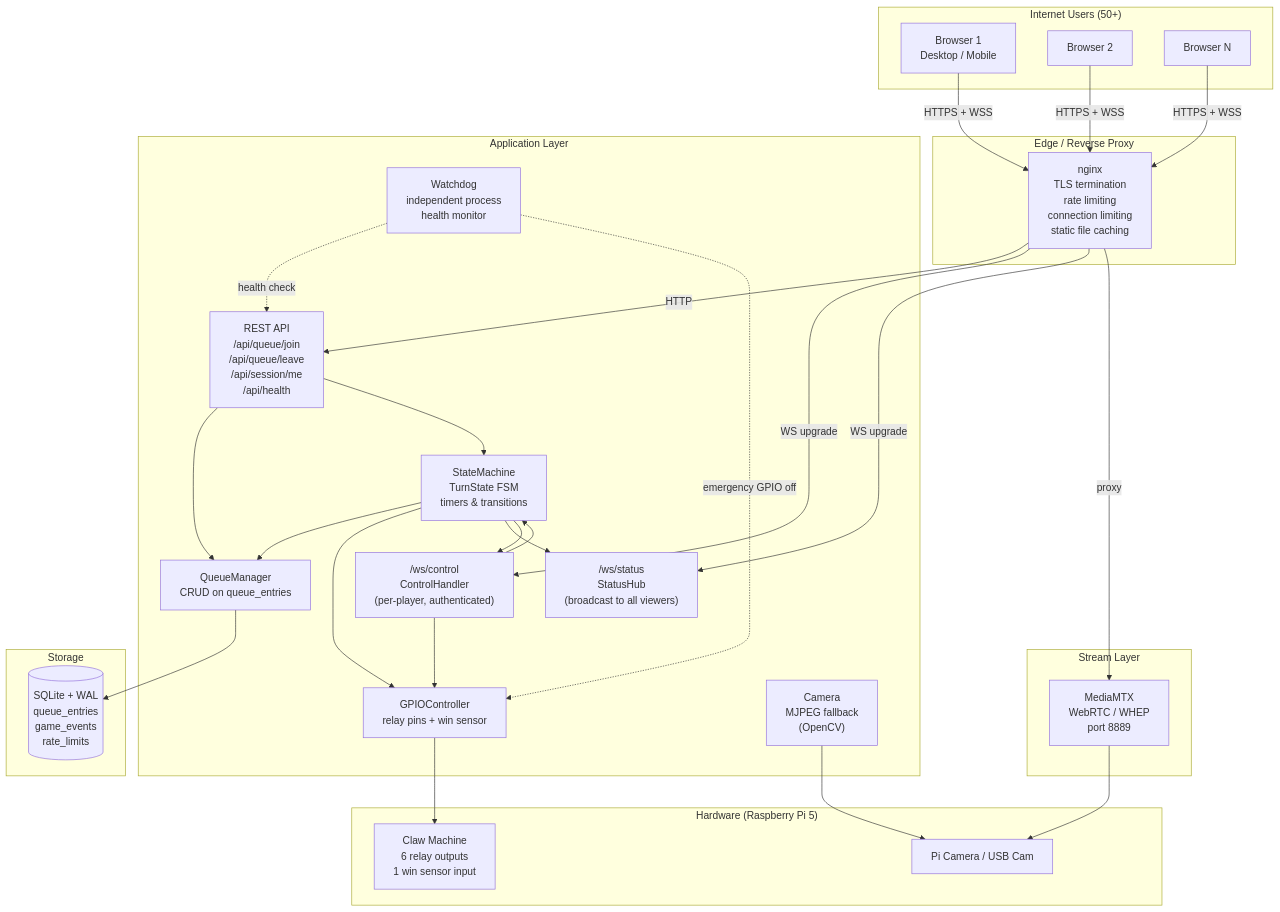
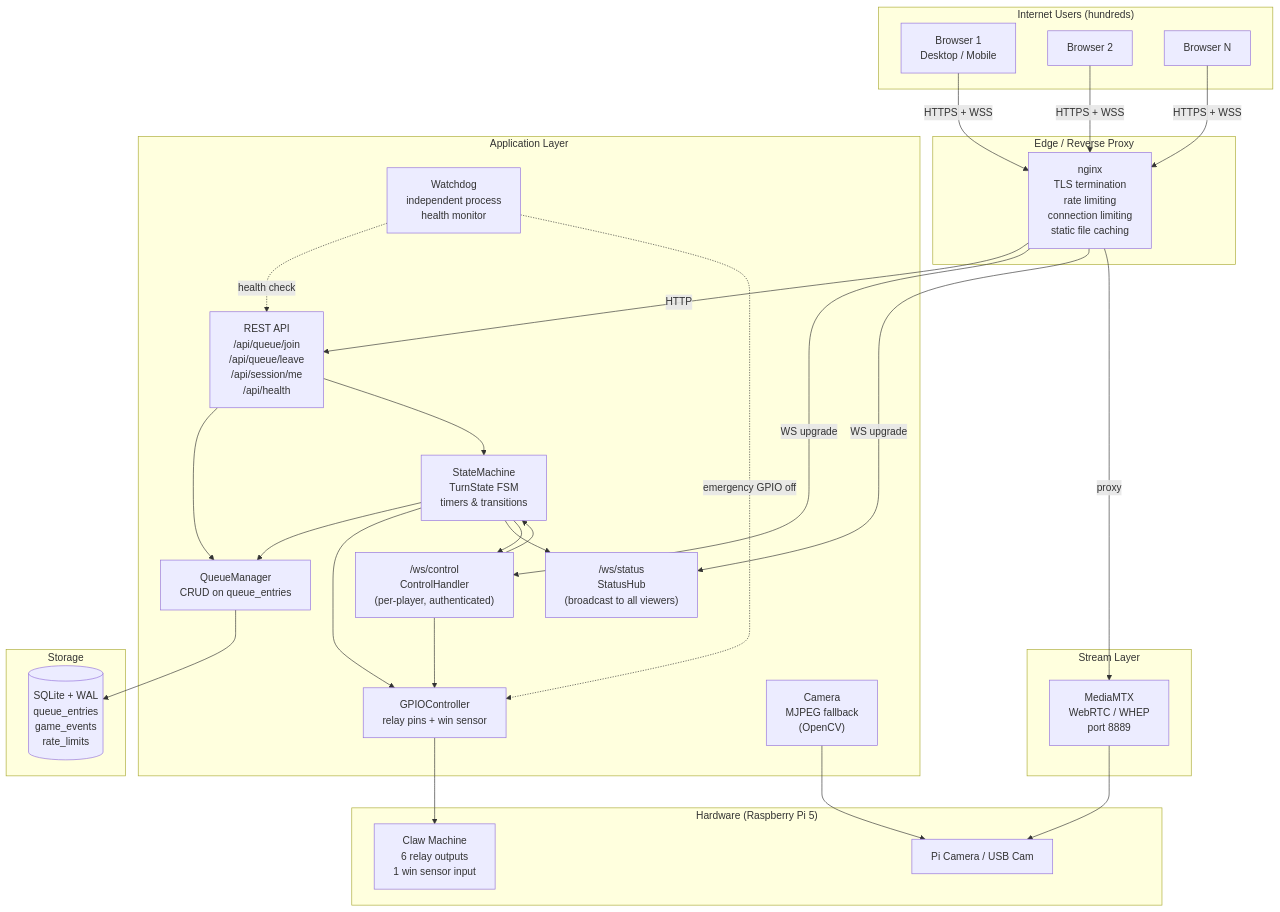
Before and after one commit to morroware/ECLAW: the first of 12 diagrams in docs/queue-flow.md, drawn with Mermaid. The commit also changed other lines of this file, not shown here.

First line of the commit message:
docs: update scaling references from "50+" to "hundreds"

````diff
--- a/docs/queue-flow.md
+++ b/docs/queue-flow.md
@@ -9,57 +9,57 @@
 ```mermaid
 flowchart TB
-    subgraph Internet["Internet Users (50+)"]
+    subgraph Internet["Internet Users (hundreds)"]
         B1[Browser 1<br/>Desktop / Mobile]
         B2[Browser 2]
         BN[Browser N]
     end
 
     subgraph Edge["Edge / Reverse Proxy"]
         NG[nginx<br/>TLS termination<br/>rate limiting<br/>connection limiting<br/>static file caching]
     end
 
     subgraph App["Application Layer"]
         API[REST API<br/>/api/queue/join<br/>/api/queue/leave<br/>/api/session/me<br/>/api/health]
         WSCtrl["/ws/control<br/>ControlHandler<br/>(per-player, authenticated)"]
         WSStatus["/ws/status<br/>StatusHub<br/>(broadcast to all viewers)"]
         SM[StateMachine<br/>TurnState FSM<br/>timers & transitions]
         QM[QueueManager<br/>CRUD on queue_entries]
         GPIO[GPIOController<br/>relay pins + win sensor]
         CAM["Camera<br/>MJPEG fallback<br/>(OpenCV)"]
         WD[Watchdog<br/>independent process<br/>health monitor]
     end
 
     subgraph Stream["Stream Layer"]
         MTX[MediaMTX<br/>WebRTC / WHEP<br/>port 8889]
     end
 
     subgraph Storage["Storage"]
         DB[(SQLite + WAL<br/>queue_entries<br/>game_events<br/>rate_limits)]
     end
 
     subgraph Hardware["Hardware (Raspberry Pi 5)"]
         Claw[Claw Machine<br/>6 relay outputs<br/>1 win sensor input]
         PiCam[Pi Camera / USB Cam]
     end
 
     B1 & B2 & BN -->|HTTPS + WSS| NG
     NG -->|HTTP| API
     NG -->|WS upgrade| WSCtrl
     NG -->|WS upgrade| WSStatus
     NG -->|proxy| MTX
 
     API --> QM
     API --> SM
     WSCtrl --> SM
     WSCtrl --> GPIO
     SM --> QM
     SM --> GPIO
     SM --> WSStatus
     SM --> WSCtrl
     QM --> DB
     GPIO --> Claw
     CAM --> PiCam
     MTX --> PiCam
     WD -.->|health check| API
     WD -.->|emergency GPIO off| GPIO
 ```
````
